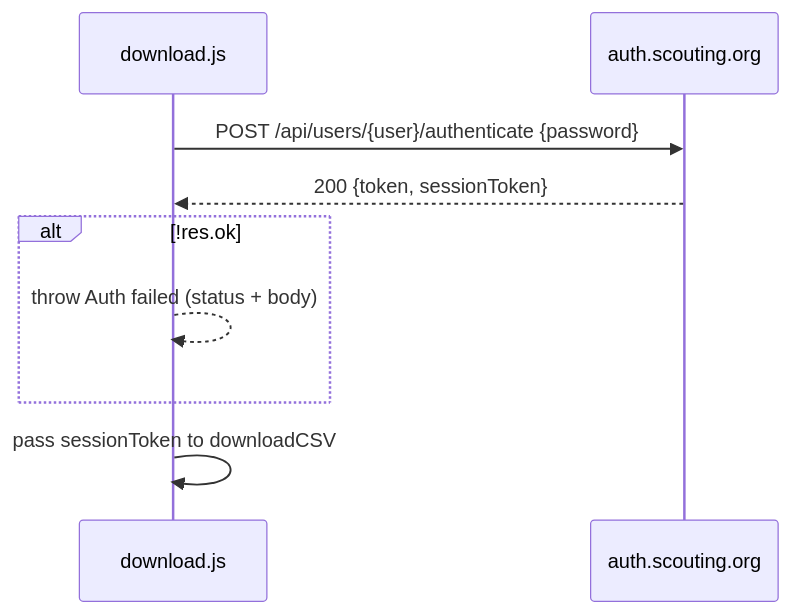
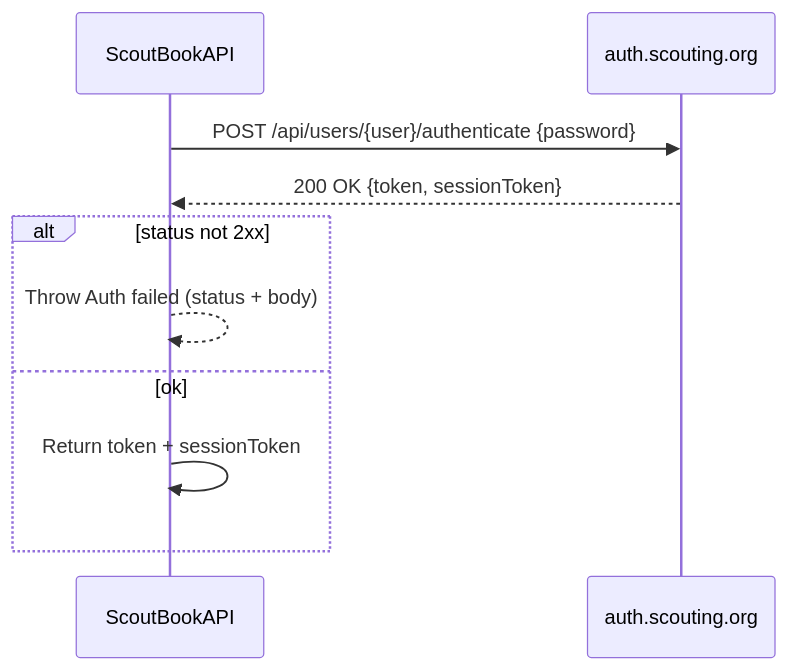
The second of 5 diagrams in README.md (freeload101/youth-advancement-api), drawn with Mermaid before and after one commit. The commit also changed other lines of this file, not shown here.

````diff
--- a/README.md
+++ b/README.md
@@ -32,11 +63,12 @@
 ```mermaid
 sequenceDiagram
-    participant D as download.js
-    participant A as auth.scouting.org
-    D->>A: POST /api/users/{user}/authenticate {password}
-    A-->>D: 200 {token, sessionToken}
-    alt !res.ok
-        D-->>D: throw Auth failed (status + body)
+    participant API as ScoutBookAPI
+    participant AUTH as auth.scouting.org
+    API->>AUTH: POST /api/users/{user}/authenticate {password}
+    AUTH-->>API: 200 OK {token, sessionToken}
+    alt status not 2xx
+        API-->>API: Throw Auth failed (status + body)
+    else ok
+        API->>API: Return token + sessionToken
     end
-    D->>D: pass sessionToken to downloadCSV
 ```
````
